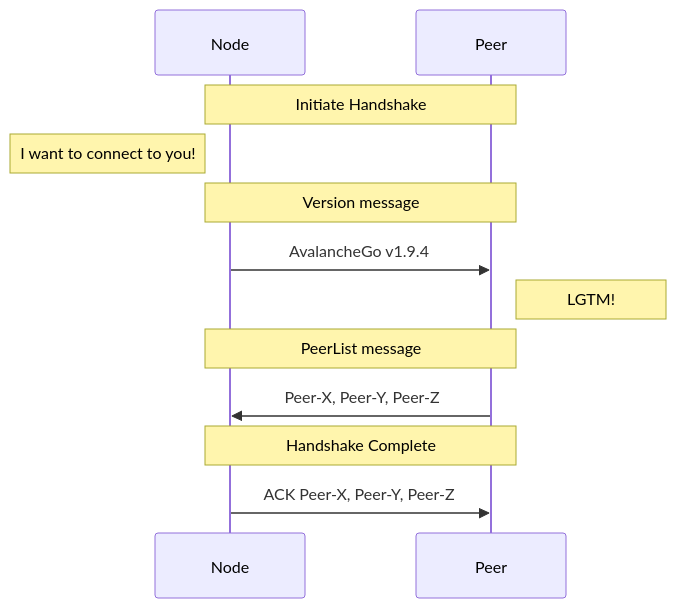
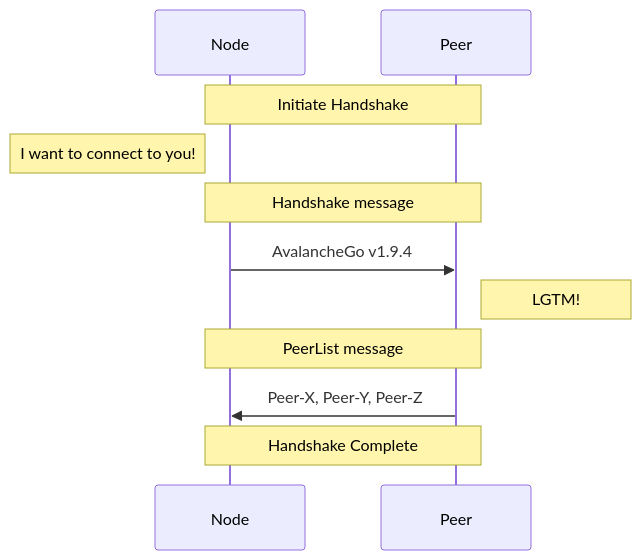
One commit to flare-foundation/go-flare changed the third of 5 diagrams in avalanchego/network/README.md. Above: the diagram before and after it, drawn with Mermaid. The commit also changed other lines of this file and 2405 other files, not shown here.

````diff
--- a/avalanchego/network/README.md
+++ b/avalanchego/network/README.md
@@ -72,12 +72,11 @@
 ```mermaid
 sequenceDiagram
 Note over Node,Peer: Initiate Handshake
 Note left of Node: I want to connect to you!
-Note over Node,Peer: Version message
+Note over Node,Peer: Handshake message
 Node->>Peer: AvalancheGo v1.9.4
 Note right of Peer: LGTM!
 Note over Node,Peer: PeerList message
 Peer->>Node: Peer-X, Peer-Y, Peer-Z
 Note over Node,Peer: Handshake Complete
-Node->>Peer: ACK Peer-X, Peer-Y, Peer-Z
 ```
````
